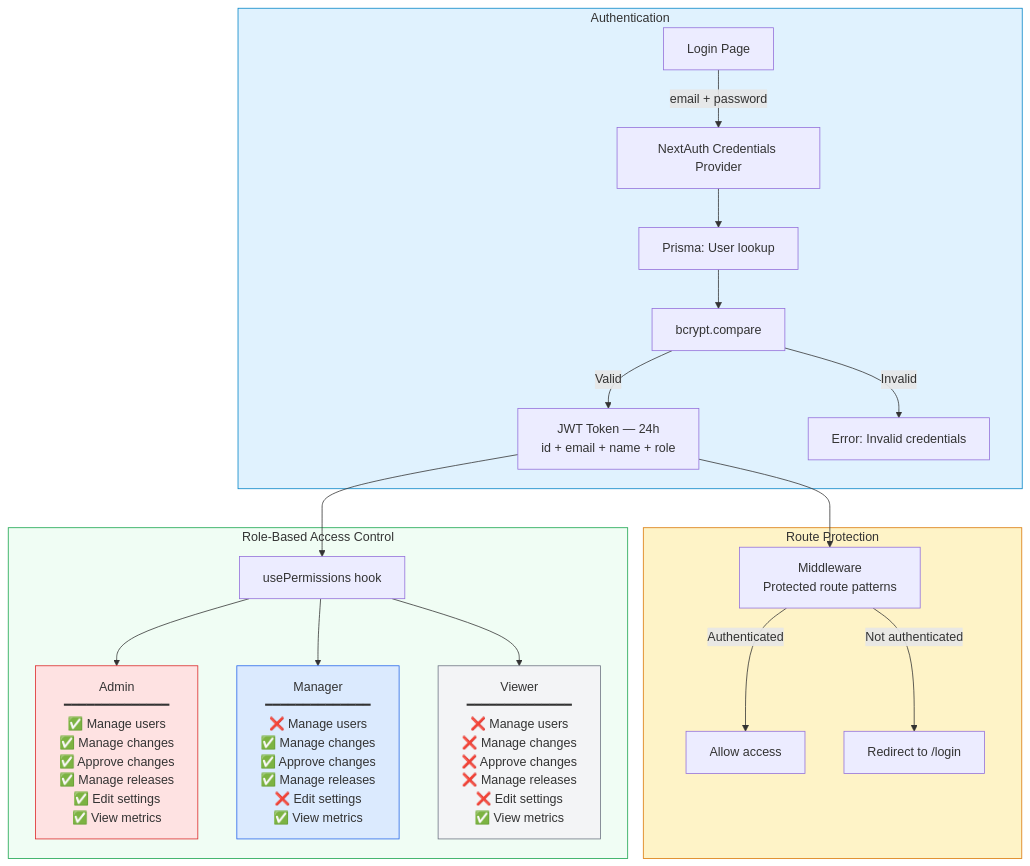
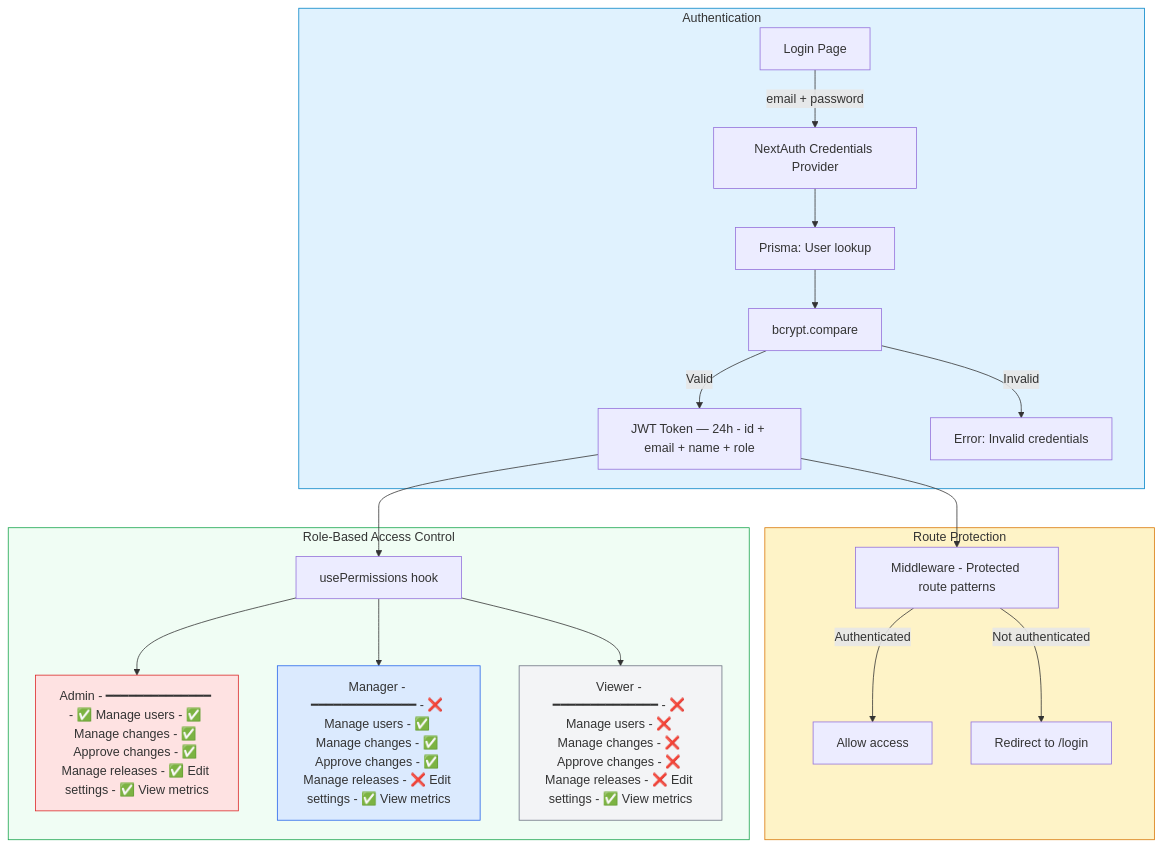
Before and after one commit to jj-shen99/changefabric: the fifth of 6 diagrams in docs/CHANGE_MANAGEMENT_ARCHITECTURE.md, drawn with Mermaid. The commit also changed other lines of this file and 10 other files, not shown here.

First line of the commit message:
Fix Mermaid syntax errors, update all docs to v1.3.0

````diff
--- a/docs/CHANGE_MANAGEMENT_ARCHITECTURE.md
+++ b/docs/CHANGE_MANAGEMENT_ARCHITECTURE.md
@@ -252,30 +252,30 @@
 ```mermaid
 flowchart TB
     subgraph Auth["Authentication"]
         LOGIN[Login Page] -->|email + password| CRED[NextAuth Credentials Provider]
         CRED --> PRISMA[Prisma: User lookup]
         PRISMA --> BCRYPT[bcrypt.compare]
-        BCRYPT -->|Valid| JWT[JWT Token — 24h<br/>id + email + name + role]
+        BCRYPT -->|Valid| JWT[JWT Token — 24h - id + email + name + role]
         BCRYPT -->|Invalid| ERR[Error: Invalid credentials]
     end
 
     subgraph Protection["Route Protection"]
-        JWT --> MW[Middleware<br/>Protected route patterns]
+        JWT --> MW[Middleware - Protected route patterns]
         MW -->|Authenticated| ALLOW[Allow access]
         MW -->|Not authenticated| REDIR[Redirect to /login]
     end
 
     subgraph RBAC["Role-Based Access Control"]
         JWT --> PERM[usePermissions hook]
-        PERM --> ADMIN["Admin<br/>━━━━━━━━━━━━━━<br/>✅ Manage users<br/>✅ Manage changes<br/>✅ Approve changes<br/>✅ Manage releases<br/>✅ Edit settings<br/>✅ View metrics"]
-        PERM --> MGR["Manager<br/>━━━━━━━━━━━━━━<br/>❌ Manage users<br/>✅ Manage changes<br/>✅ Approve changes<br/>✅ Manage releases<br/>❌ Edit settings<br/>✅ View metrics"]
-        PERM --> VIEW["Viewer<br/>━━━━━━━━━━━━━━<br/>❌ Manage users<br/>❌ Manage changes<br/>❌ Approve changes<br/>❌ Manage releases<br/>❌ Edit settings<br/>✅ View metrics"]
+        PERM --> ADMIN["Admin - ━━━━━━━━━━━━━━ - ✅ Manage users - ✅ Manage changes - ✅ Approve changes - ✅ Manage releases - ✅ Edit settings - ✅ View metrics"]
+        PERM --> MGR["Manager - ━━━━━━━━━━━━━━ - ❌ Manage users - ✅ Manage changes - ✅ Approve changes - ✅ Manage releases - ❌ Edit settings - ✅ View metrics"]
+        PERM --> VIEW["Viewer - ━━━━━━━━━━━━━━ - ❌ Manage users - ❌ Manage changes - ❌ Approve changes - ❌ Manage releases - ❌ Edit settings - ✅ View metrics"]
     end
 
     style Auth fill:#e0f2fe,stroke:#0284c7
     style Protection fill:#fef3c7,stroke:#d97706
     style RBAC fill:#f0fdf4,stroke:#16a34a
     style ADMIN fill:#fee2e2,stroke:#dc2626
     style MGR fill:#dbeafe,stroke:#2563eb
     style VIEW fill:#f3f4f6,stroke:#6b7280
 ```
````
